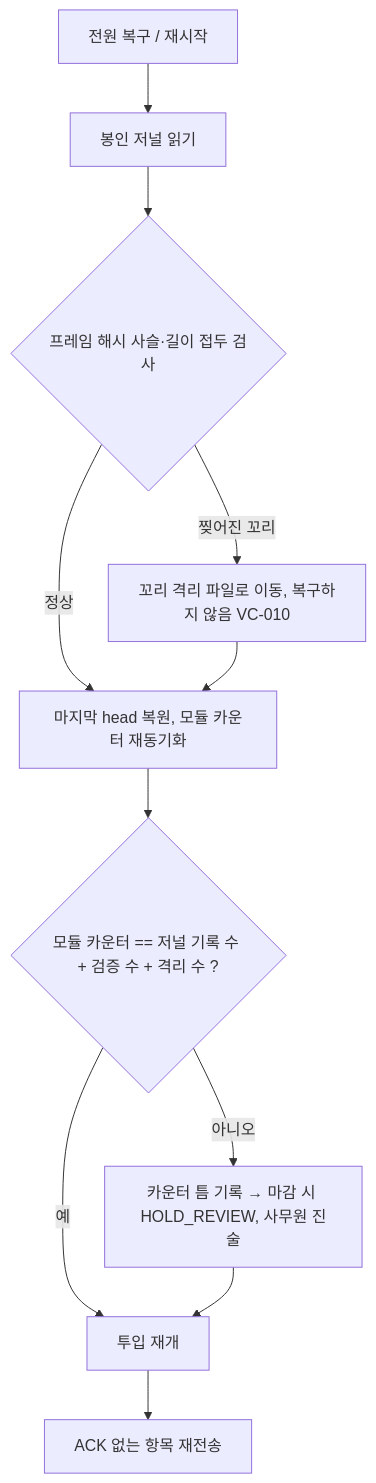
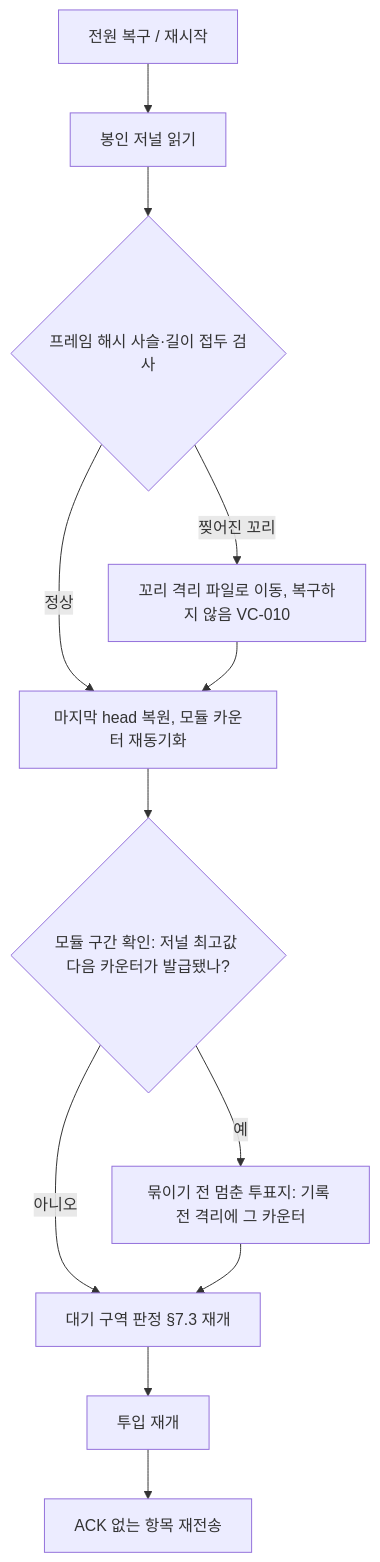
The tenth of 13 diagrams in docs/processing/PROCESSING_FLOWS.md (dudueul/ityv), drawn with Mermaid before and after one commit. The commit also changed other lines of this file and 23 other files, not shown here.

````diff
--- a/docs/processing/PROCESSING_FLOWS.md
+++ b/docs/processing/PROCESSING_FLOWS.md
@@ -325,13 +327,14 @@
 ```mermaid
 flowchart TB
     PWR[전원 복구 / 재시작] --> RD[봉인 저널 읽기]
     RD --> CHK{프레임 해시 사슬·길이 접두 검사}
     CHK -->|정상| HEAD[마지막 head 복원, 모듈 카운터 재동기화]
     CHK -->|찢어진 꼬리| QT[꼬리 격리 파일로 이동, 복구하지 않음 VC-010]
     QT --> HEAD
-    HEAD --> MOD{모듈 카운터 == 저널 기록 수 + 검증 수 + 격리 수 ?}
-    MOD -->|예| RESUME[투입 재개]
-    MOD -->|아니오| GAP[카운터 틈 기록 → 마감 시 HOLD_REVIEW, 사무원 진술]
-    GAP --> RESUME
+    HEAD --> MOD{모듈 구간 확인: 저널 최고값 다음 카운터가 발급됐나?}
+    MOD -->|아니오| PLAN[대기 구역 판정 §7.3 재개]
+    MOD -->|예| LOST[묶이기 전 멈춘 투표지: 기록 전 격리에 그 카운터]
+    LOST --> PLAN
+    PLAN --> RESUME[투입 재개]
     RESUME --> UL[ACK 없는 항목 재전송]
 ```
````
